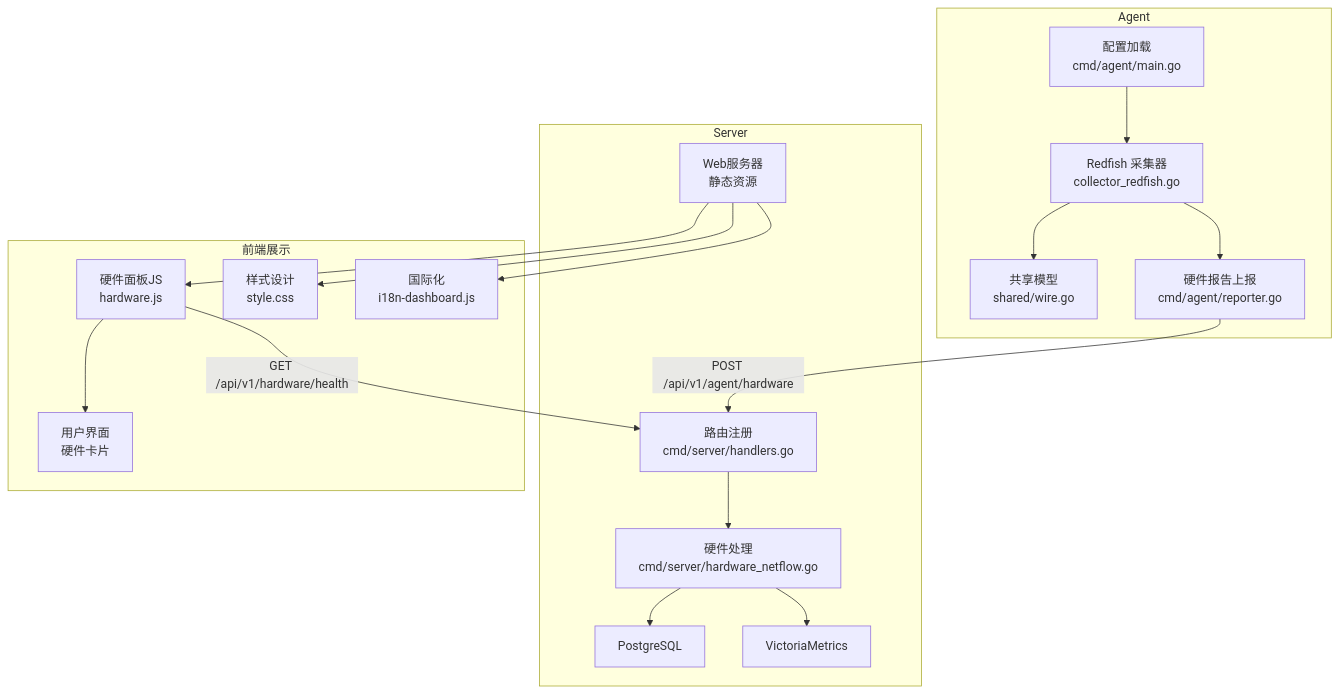
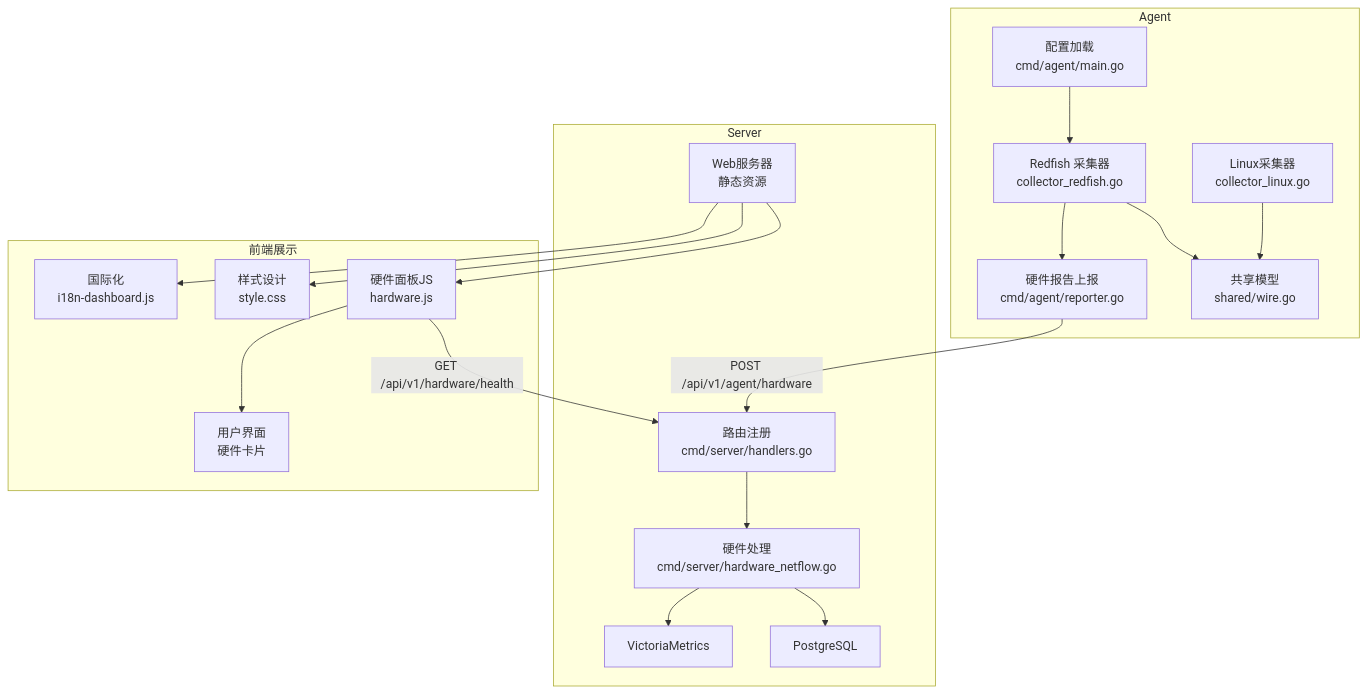
One commit to sreyun/aiops-monitor changed the first of 7 diagrams in .qoder/repowiki/zh/content/架构设计/Agent 客户端架构/Redfish硬件采集器.md. Above: the diagram before and after it, drawn with Mermaid. The commit also changed other lines of this file and 55 other files, not shown here.

````diff
--- a/.qoder/repowiki/zh/content/架构设计/Agent 客户端架构/Redfish硬件采集器.md
+++ b/.qoder/repowiki/zh/content/架构设计/Agent 客户端架构/Redfish硬件采集器.md
@@ -59,34 +60,36 @@
 ```mermaid
 graph TB
 subgraph "Agent"
 RF["Redfish 采集器<br/>collector_redfish.go"]
 CFG["配置加载<br/>cmd/agent/main.go"]
 SHARED["共享模型<br/>shared/wire.go"]
 REP["硬件报告上报<br/>cmd/agent/reporter.go"]
+LINUX["Linux采集器<br/>collector_linux.go"]
 end
 subgraph "Server"
 HND["路由注册<br/>cmd/server/handlers.go"]
 HW["硬件处理<br/>cmd/server/hardware_netflow.go"]
 PG["PostgreSQL"]
 VM["VictoriaMetrics"]
 WEB["Web服务器<br/>静态资源"]
 end
 subgraph "前端展示"
 JS["硬件面板JS<br/>hardware.js"]
 CSS["样式设计<br/>style.css"]
 I18N["国际化<br/>i18n-dashboard.js"]
 UI["用户界面<br/>硬件卡片"]
 end
 CFG --> RF
 RF --> SHARED
 RF --> REP
 REP --> |"POST /api/v1/agent/hardware"| HND
 HND --> HW
 HW --> PG
 HW --> VM
 WEB --> JS
 WEB --> CSS
 WEB --> I18N
 JS --> |"GET /api/v1/hardware/health"| HND
 JS --> UI
+LINUX --> SHARED
 ```
````
